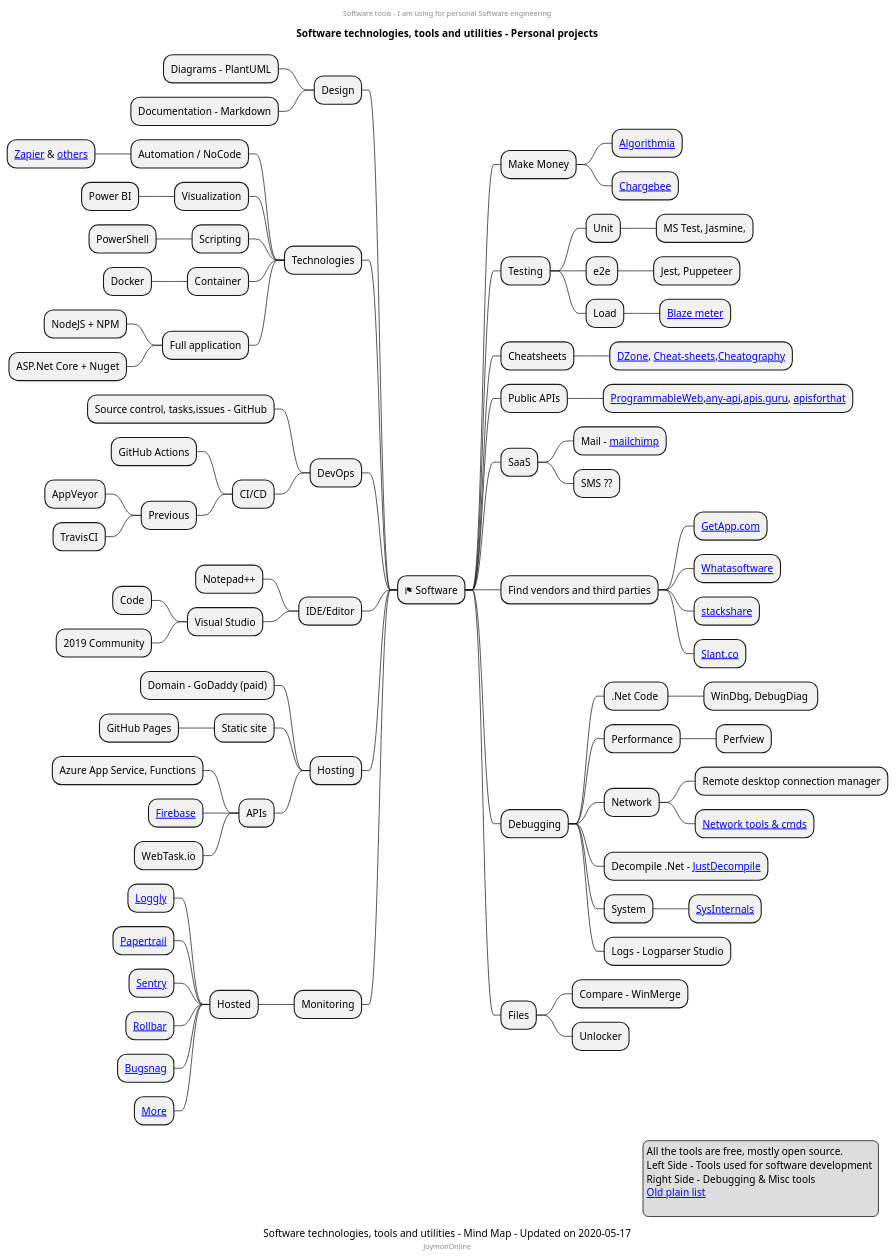
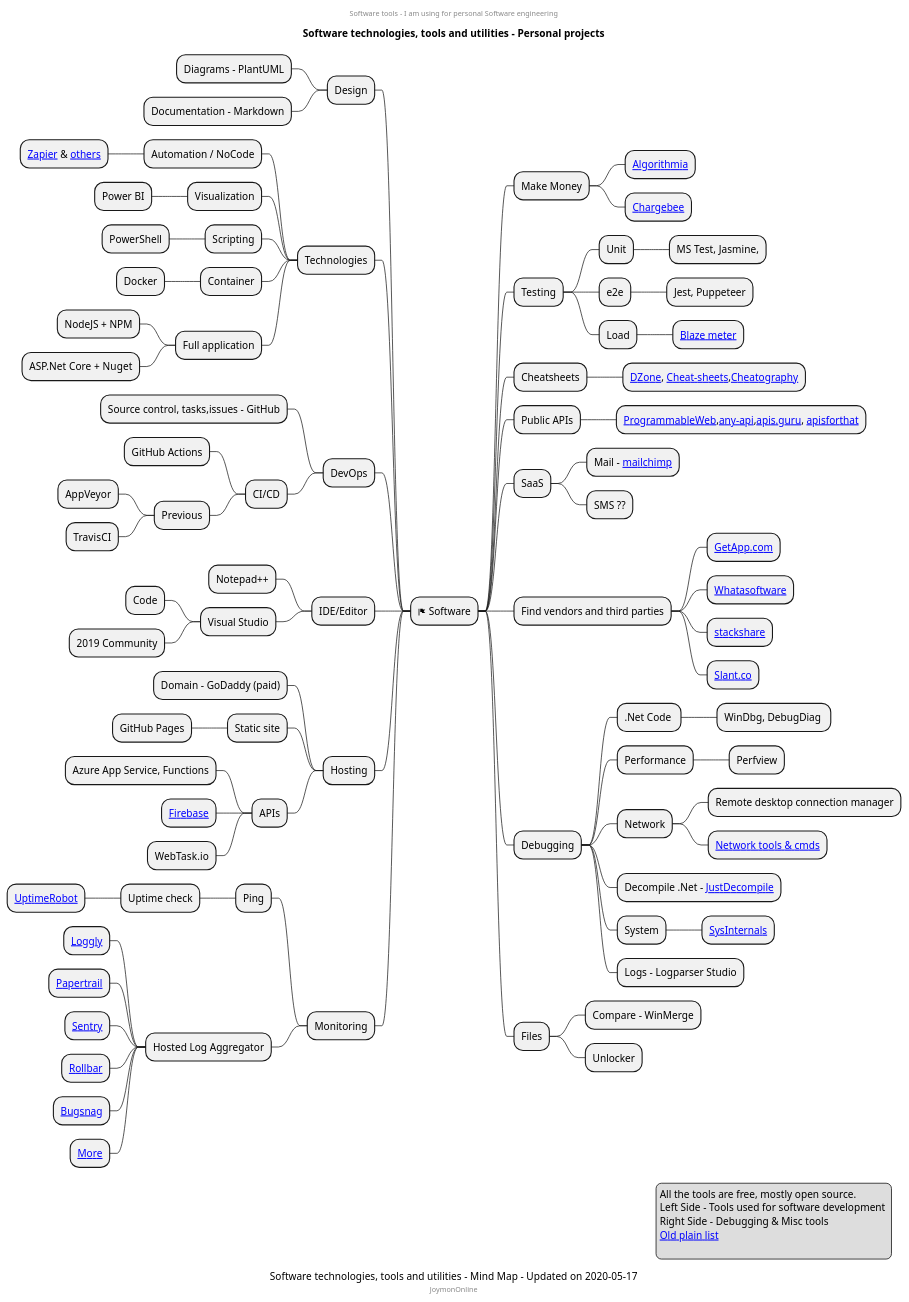
One commit to mind-maps/software changed the diagram in software-tools/software-engineering-tools.puml. Above: the diagram before and after it, drawn with PlantUML.

Commit message:
Added uptime check

```diff
--- a/software-tools/software-engineering-tools.puml
+++ b/software-tools/software-engineering-tools.puml
@@ -1,104 +1,107 @@
 @startmindmap
 center header
 Software tools - I am using for personal Software engineering
 endheader
 title Software technologies, tools and utilities - Personal projects
 caption Software technologies, tools and utilities - Mind Map - Updated on 2020-05-17
 center footer JoymonOnline
 * <&flag> Software
 ** Make Money
 *** [[Algorithmia.com Algorithmia]]
 *** [[https://www.chargebee.com/pricing Chargebee]]
 ** Testing
 *** Unit
 **** MS Test, Jasmine,
 *** e2e
 **** Jest, Puppeteer
 *** Load
 **** [[http://blazemeter.com Blaze meter]]
 
 ** Cheatsheets
 *** [[https://dzone.com/refcardz DZone]], [[http://www.cheat-sheets.org/ Cheat-sheets]],[[https://www.cheatography.com/ Cheatography]]
 ** Public APIs
 *** [[https://www.programmableweb.com/ ProgrammableWeb]],[[https://any-api.com/ any-api]],[[https://apis.guru/browse-apis/ apis.guru]], [[http://www.apiforthat.com/ apisforthat]]
 ** SaaS
 *** Mail - [[https://mailchimp.com/ mailchimp]]
 *** SMS ??
 ** Find vendors and third parties
 *** [[https://www.getapp.com/ GetApp.com]]
 *** [[https://www.whatasoftware.com/ Whatasoftware]]
 *** [[https://stackshare.io/ stackshare]]
 *** [[https://www.slant.co/ Slant.co]]
 ** Debugging
 *** .Net Code 
 **** WinDbg, DebugDiag 
 *** Performance
 **** Perfview
 *** Network
 **** Remote desktop connection manager
 **** [[http://www.plantuml.com/plantuml/proxy?fmt=svg&cache=no&src=https://raw.githubusercontent.com/mind*maps/software/master/debugging/windows*network*debugging.puml Network tools & cmds]]
 *** Decompile .Net - [[https://www.telerik.com/products/decompiler.aspx JustDecompile]]
 *** System
 **** [[https://docs.microsoft.com/en-us/sysinternals/ SysInternals]]
 *** Logs - Logparser Studio
 
 ** Files
 *** Compare - WinMerge
 *** Unlocker
 
 left side
 
 ** Design
 *** Diagrams - PlantUML
 *** Documentation - Markdown
 ** Technologies
 *** Automation / NoCode
 **** [[https://zapier.com/home Zapier]] & [[https://gist.github.com/joymon/89aeb18bef588895426b46a54e2ba970 others]]
 *** Visualization
 **** Power BI
 *** Scripting
 **** PowerShell
 *** Container
 **** Docker
 *** Full application
 **** NodeJS + NPM
 **** ASP.Net Core + Nuget
 
 ** DevOps
 *** Source control, tasks,issues - GitHub
 *** CI/CD
 **** GitHub Actions
 **** Previous
 ***** AppVeyor
 ***** TravisCI
 ** IDE/Editor
 *** Notepad++
 *** Visual Studio
 **** Code
 **** 2019 Community
 
 ** Hosting
 *** Domain - GoDaddy (paid)
 *** Static site
 **** GitHub Pages
 *** APIs
 **** Azure App Service, Functions
 **** [[https://firebase.google.com/pricing Firebase]]
 **** WebTask.io
 ** Monitoring
-*** Hosted
+*** Ping
+**** Uptime check
+***** [[https://uptimerobot.com/pricing UptimeRobot]]
+
+*** Hosted Log Aggregator
 **** [[https://www.loggly.com/plans-and-pricing/ Loggly]]
 **** [[https://www.papertrail.com/plans/ Papertrail]]
 **** [[https://sentry.io/pricing/ Sentry]]
 **** [[https://rollbar.com/pricing/ Rollbar]]
 **** [[https://www.bugsnag.com/pricing Bugsnag]]
 **** [[https://github.com/cheeaun/javascript-error-logging More]]
 legend right
 All the tools are free, mostly open source.
 Left Side - Tools used for software development 
 Right Side - Debugging & Misc tools
 [[https://joymonscode.blogspot.com/2017/05/toolbox-for-open-source-developers.html Old plain list]]
   
 endlegend
-
 @endmindmap
```
